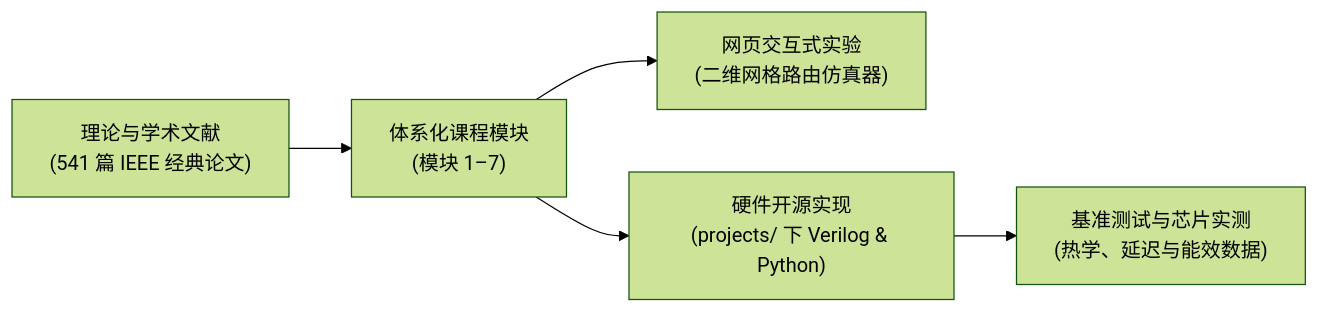
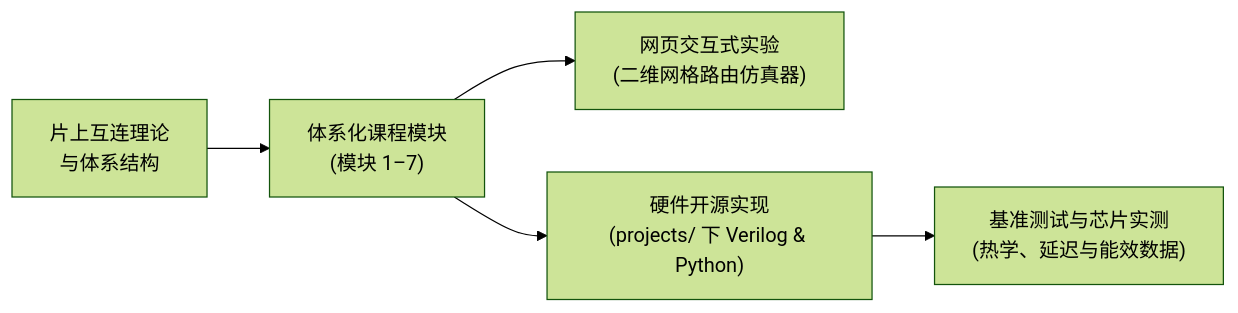
One commit to network-on-chip/learning changed the diagram in docs/index.zh.md. Above: the diagram before and after it, drawn with Mermaid (forest theme). The commit also changed other lines of this file and 10 other files, not shown here.

````diff
--- a/docs/index.zh.md
+++ b/docs/index.zh.md
@@ -451,7 +451,7 @@
 ```mermaid
 graph LR
-  A["理论与学术文献<br/>(541 篇 IEEE 经典论文)"] --> B["体系化课程模块<br/>(模块 1–7)"]
+  A["片上互连理论<br/>与体系结构"] --> B["体系化课程模块<br/>(模块 1–7)"]
   B --> C["网页交互式实验<br/>(二维网格路由仿真器)"]
   B --> D["硬件开源实现<br/>(projects/ 下 Verilog & Python)"]
   D --> E["基准测试与芯片实测<br/>(热学、延迟与能效数据)"]
 ```
````
